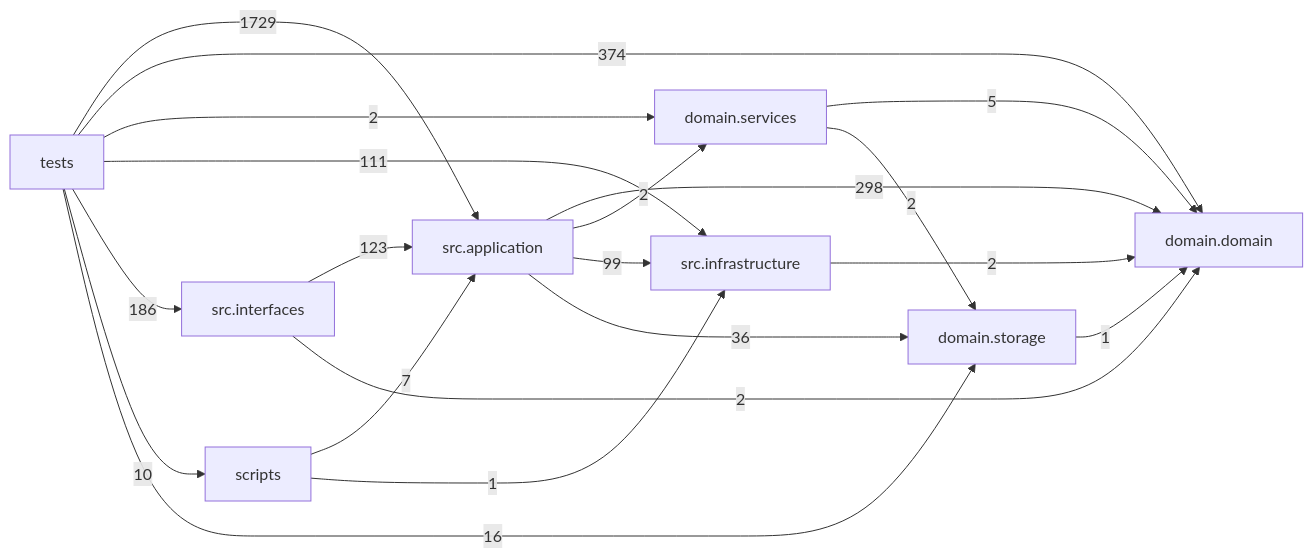
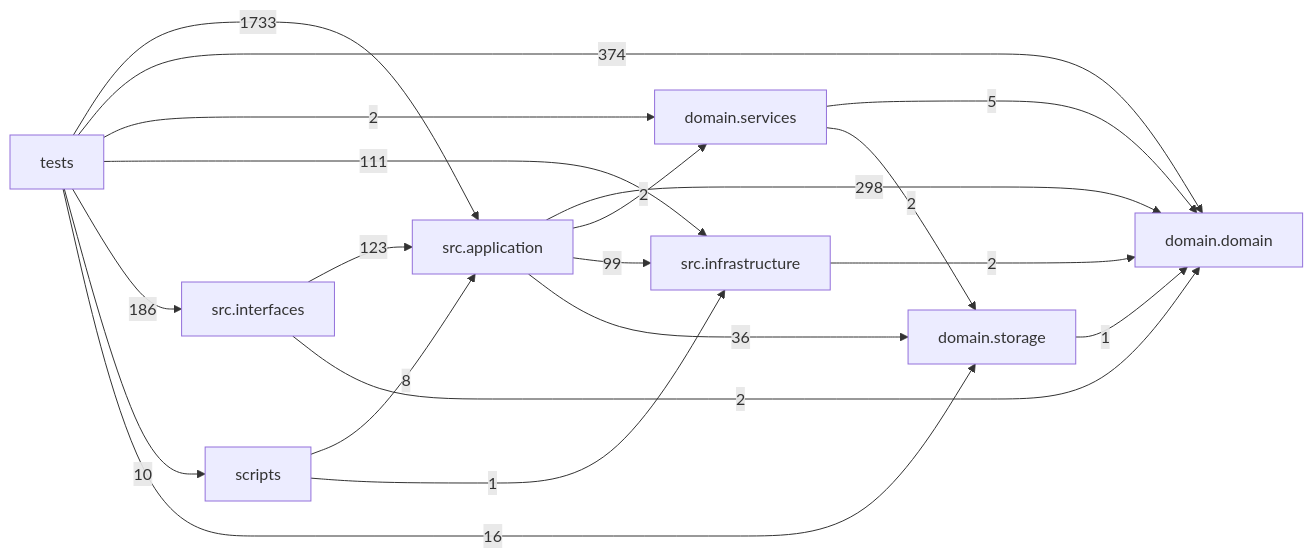
The diagram in docs/DEPENDENCY_GRAPH.md (liuxie066/options-monitor), drawn with Mermaid before and after one commit. The commit also changed other lines of this file and 21 other files, not shown here.

````diff
--- a/docs/DEPENDENCY_GRAPH.md
+++ b/docs/DEPENDENCY_GRAPH.md
@@ -24,30 +24,30 @@
 ```mermaid
 flowchart LR
   tests["tests"]
   scripts["scripts"]
   interfaces["src.interfaces"]
   application["src.application"]
   infrastructure["src.infrastructure"]
   domain_services["domain.services"]
   domain["domain.domain"]
   storage["domain.storage"]
   application -->|298| domain
   application -->|2| domain_services
   application -->|99| infrastructure
   application -->|36| storage
   domain_services -->|5| domain
   domain_services -->|2| storage
   infrastructure -->|2| domain
   interfaces -->|123| application
   interfaces -->|2| domain
-  scripts -->|7| application
+  scripts -->|8| application
   scripts -->|1| infrastructure
   storage -->|1| domain
-  tests -->|1729| application
+  tests -->|1733| application
   tests -->|374| domain
   tests -->|2| domain_services
   tests -->|111| infrastructure
   tests -->|186| interfaces
   tests -->|10| scripts
   tests -->|16| storage
 ```
````
